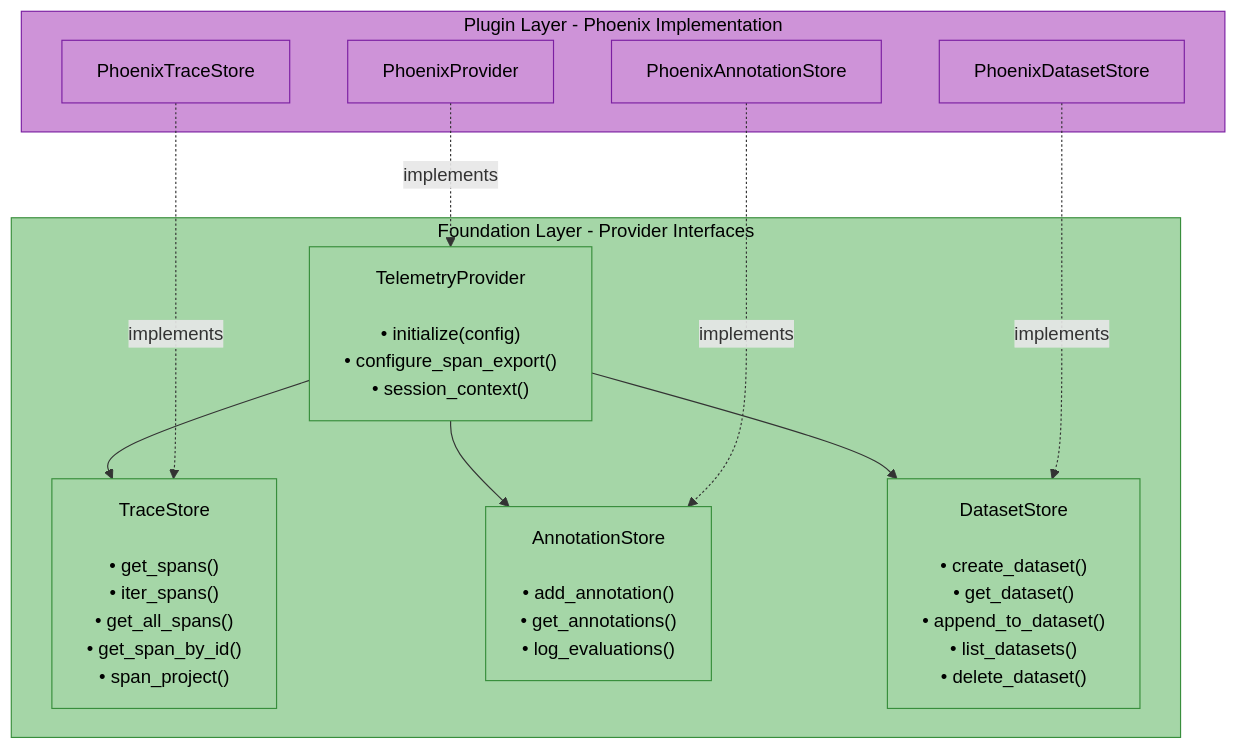
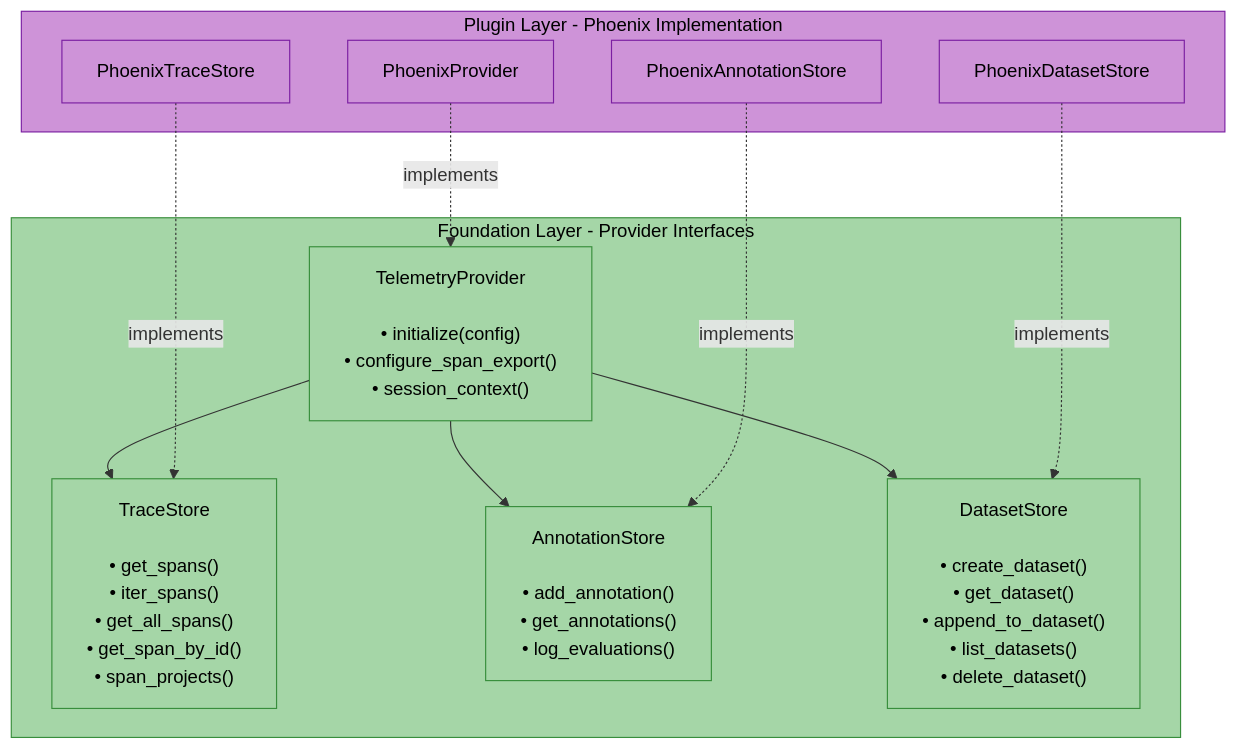
Before and after one commit to amit-jain/cogniverse: the fourth of 4 diagrams in docs/modules/telemetry.md, drawn with Mermaid. The commit also changed other lines of this file and 9 other files, not shown here.

````diff
--- a/docs/modules/telemetry.md
+++ b/docs/modules/telemetry.md
@@ -360,36 +361,36 @@
 ```mermaid
 flowchart TB
     subgraph Abstraction["<span style='color:#000'>Foundation Layer - Provider Interfaces</span>"]
         TelemetryProvider["<span style='color:#000'>TelemetryProvider<br/><br/>• initialize(config)<br/>• configure_span_export()<br/>• session_context()</span>"]
-        TraceStore["<span style='color:#000'>TraceStore<br/><br/>• get_spans()<br/>• iter_spans()<br/>• get_all_spans()<br/>• get_span_by_id()<br/>• span_project()</span>"]
+        TraceStore["<span style='color:#000'>TraceStore<br/><br/>• get_spans()<br/>• iter_spans()<br/>• get_all_spans()<br/>• get_span_by_id()<br/>• span_projects()</span>"]
         AnnotationStore["<span style='color:#000'>AnnotationStore<br/><br/>• add_annotation()<br/>• get_annotations()<br/>• log_evaluations()</span>"]
         DatasetStore["<span style='color:#000'>DatasetStore<br/><br/>• create_dataset()<br/>• get_dataset()<br/>• append_to_dataset()<br/>• list_datasets()<br/>• delete_dataset()</span>"]
     end
 
     TelemetryProvider --> TraceStore
     TelemetryProvider --> AnnotationStore
     TelemetryProvider --> DatasetStore
 
     subgraph Implementation["<span style='color:#000'>Plugin Layer - Phoenix Implementation</span>"]
         PhoenixProvider["<span style='color:#000'>PhoenixProvider</span>"]
         PhoenixTraceStore["<span style='color:#000'>PhoenixTraceStore</span>"]
         PhoenixAnnotationStore["<span style='color:#000'>PhoenixAnnotationStore</span>"]
         PhoenixDatasetStore["<span style='color:#000'>PhoenixDatasetStore</span>"]
     end
 
     PhoenixProvider -.->|implements| TelemetryProvider
     PhoenixTraceStore -.->|implements| TraceStore
     PhoenixAnnotationStore -.->|implements| AnnotationStore
     PhoenixDatasetStore -.->|implements| DatasetStore
 
     style Abstraction fill:#a5d6a7,stroke:#388e3c,color:#000
     style Implementation fill:#ce93d8,stroke:#7b1fa2,color:#000
     style TelemetryProvider fill:#a5d6a7,stroke:#388e3c,color:#000
     style TraceStore fill:#a5d6a7,stroke:#388e3c,color:#000
     style AnnotationStore fill:#a5d6a7,stroke:#388e3c,color:#000
     style DatasetStore fill:#a5d6a7,stroke:#388e3c,color:#000
     style PhoenixProvider fill:#ce93d8,stroke:#7b1fa2,color:#000
     style PhoenixTraceStore fill:#ce93d8,stroke:#7b1fa2,color:#000
     style PhoenixAnnotationStore fill:#ce93d8,stroke:#7b1fa2,color:#000
     style PhoenixDatasetStore fill:#ce93d8,stroke:#7b1fa2,color:#000
 ```
````
